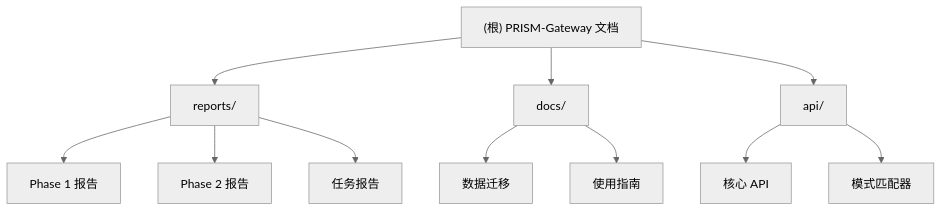
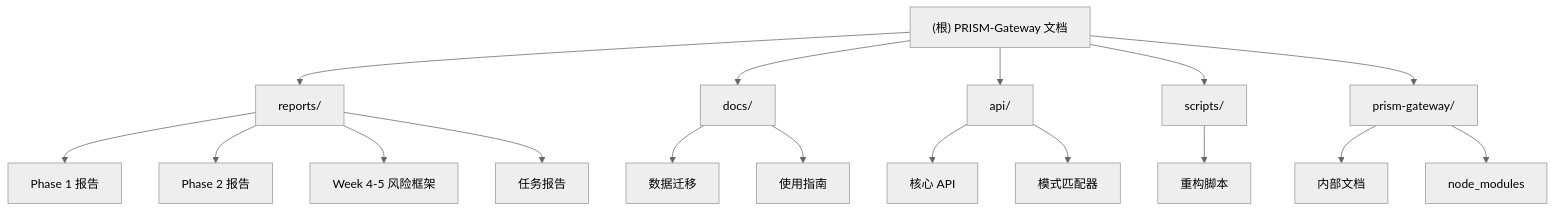
Before and after one commit to starlink-awaken/ReflectGuard: the diagram in CLAUDE.md, drawn with Mermaid (neutral theme). The commit also changed other lines of this file and 1546 other files, not shown here.

````diff
--- a/CLAUDE.md
+++ b/CLAUDE.md
@@ -102,22 +121,32 @@
 ```mermaid
 graph TD
     ROOT["(根) PRISM-Gateway 文档"]
 
     ROOT --> REPORTS["reports/"]
     ROOT --> DOCS["docs/"]
     ROOT --> API["api/"]
+    ROOT --> SCRIPTS["scripts/"]
+    ROOT --> PRISM["prism-gateway/"]
 
     REPORTS --> PHASE1["Phase 1 报告"]
     REPORTS --> PHASE2["Phase 2 报告"]
+    REPORTS --> WEEK4["Week 4-5 风险框架"]
     REPORTS --> TASKS["任务报告"]
 
     DOCS --> MIGRATION["数据迁移"]
     DOCS --> USAGE["使用指南"]
 
     API --> CORE_API["核心 API"]
     API --> PATTERN_API["模式匹配器"]
 
+    SCRIPTS --> REFACTOR["重构脚本"]
+
+    PRISM --> PRISM_DOCS["内部文档"]
+    PRISM --> PRISM_NODE["node_modules"]
+
     click REPORTS "./reports/CLAUDE.md" "查看报告模块文档"
     click DOCS "./docs/CLAUDE.md" "查看文档模块"
     click API "./api/CLAUDE.md" "查看 API 模块文档"
+    click SCRIPTS "./scripts/README.md" "查看重构脚本"
+    click PRISM "./prism-gateway/README.md" "查看 PRISM-Gateway 主项目"
 ```
````
